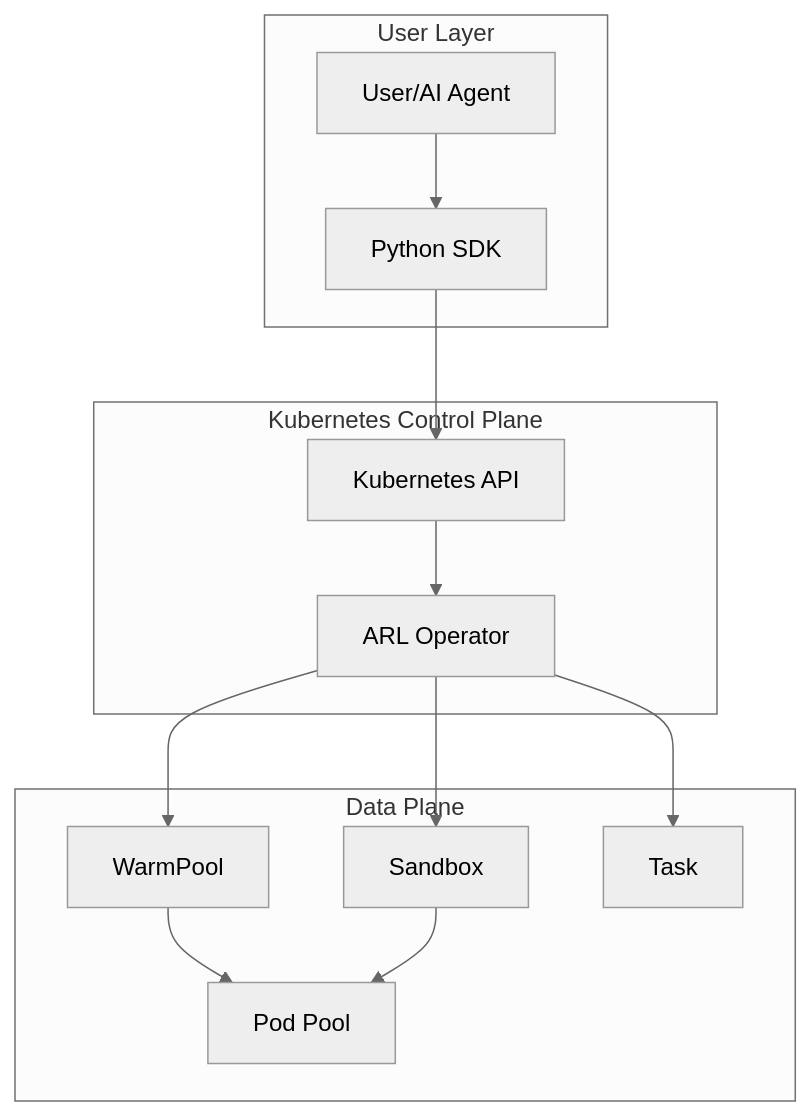
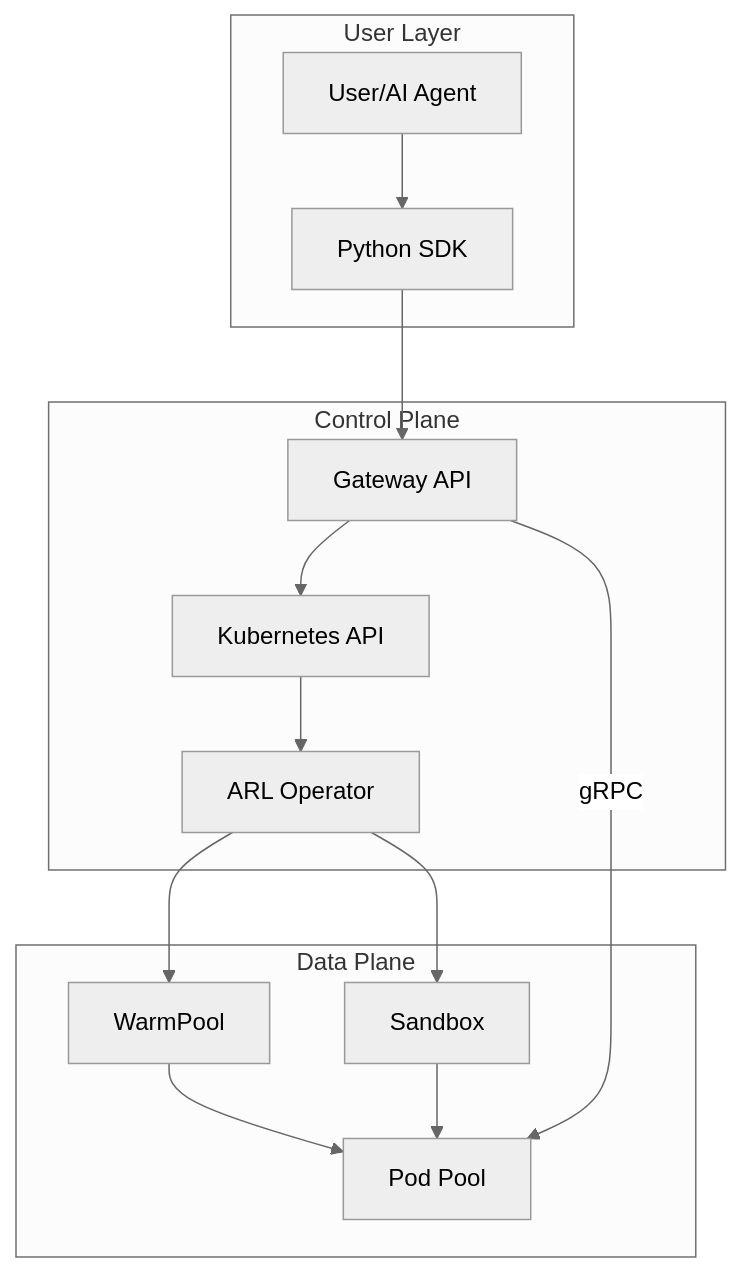
The diagram in docs/index.md (Lincyaw/agent-env), drawn with Mermaid (neutral theme) before and after one commit. The commit also changed 258 other files, not shown here.

````diff
--- a/docs/index.md
+++ b/docs/index.md
@@ -53,28 +53,29 @@
 ```mermaid
 graph TB
     subgraph "User Layer"
         User[User/AI Agent]
         SDK[Python SDK]
         User --> SDK
     end
 
-    subgraph "Kubernetes Control Plane"
+    subgraph "Control Plane"
+        Gateway[Gateway API]
         API[Kubernetes API]
         Operator[ARL Operator]
-        SDK --> API
+        SDK --> Gateway
+        Gateway --> API
         API --> Operator
     end
 
     subgraph "Data Plane"
         WP[WarmPool]
         SB[Sandbox]
-        Task[Task]
         Pods[Pod Pool]
-        
+
         Operator --> WP
         Operator --> SB
-        Operator --> Task
         WP --> Pods
         SB --> Pods
+        Gateway --> |gRPC| Pods
     end
 ```
````
